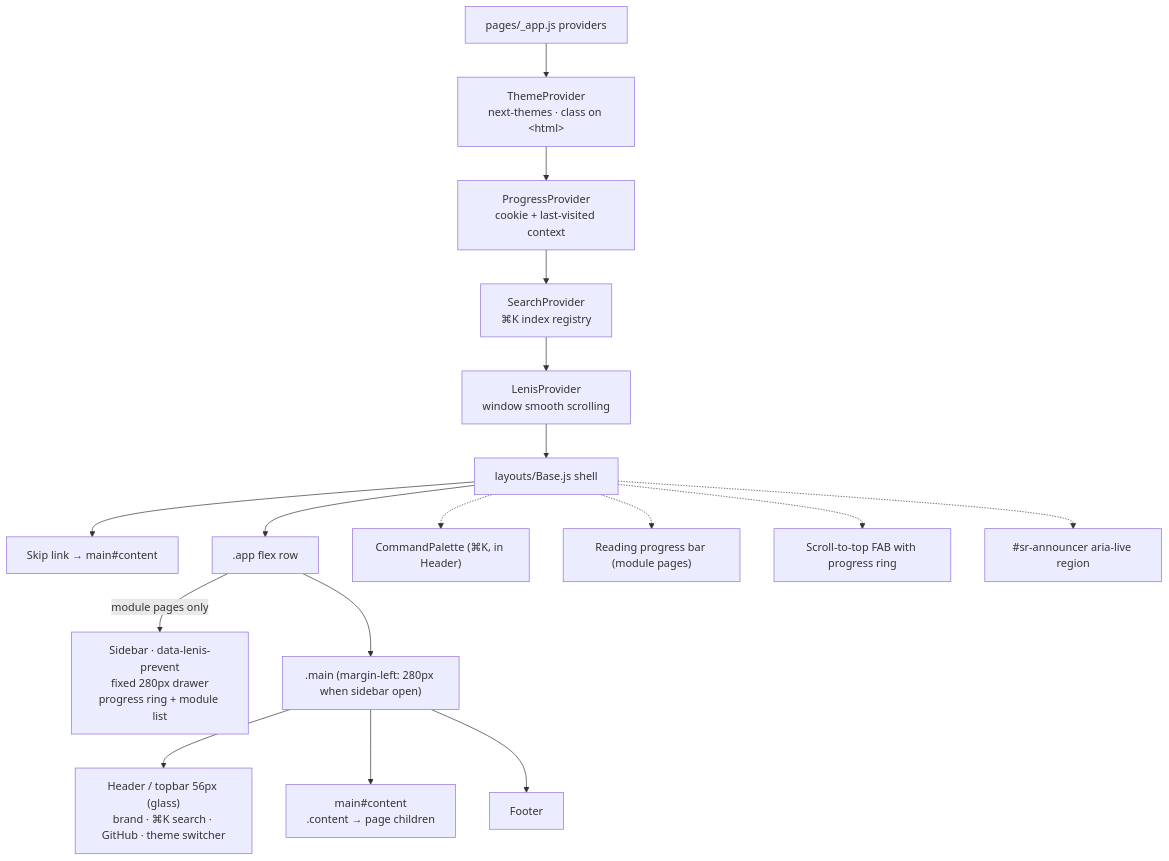
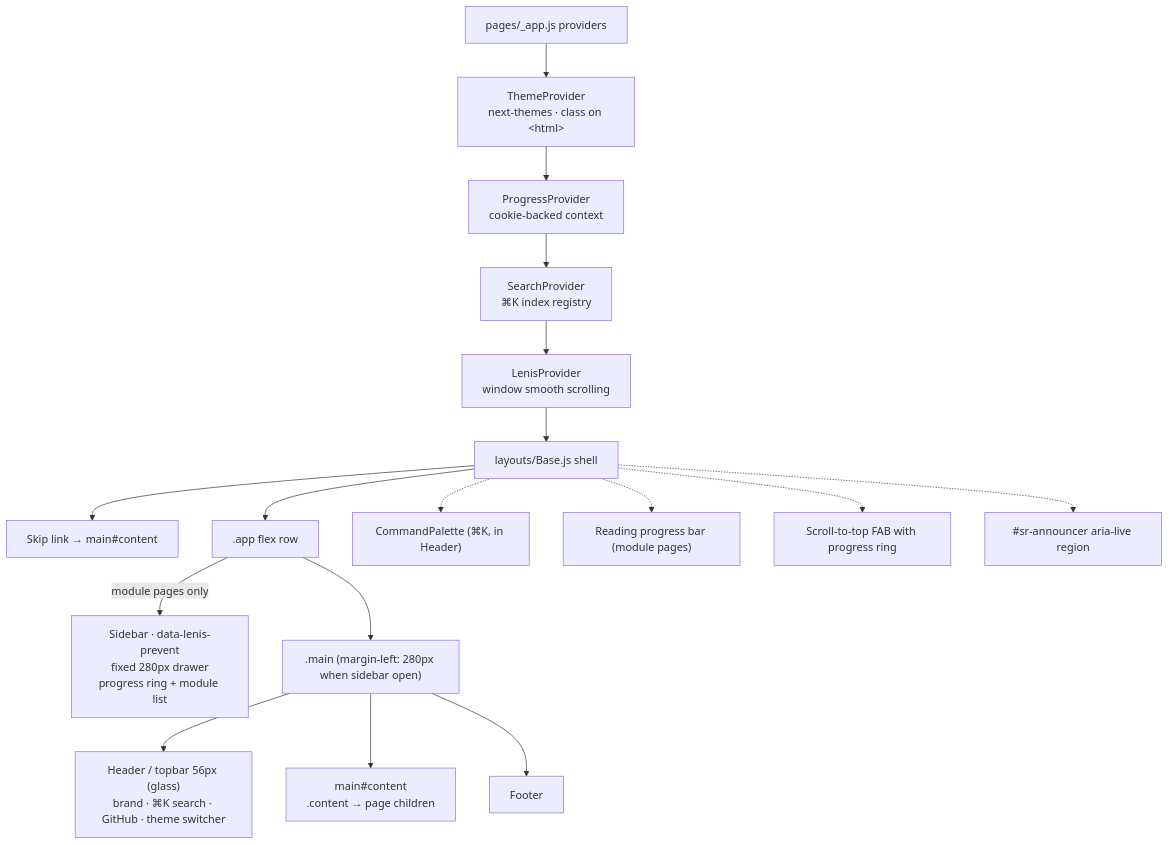
The second of 2 diagrams in docs/architecture.md (ammdevl/lfs-101-notes), drawn with Mermaid before and after one commit. The commit also changed other lines of this file and 9 other files, not shown here.

````diff
--- a/docs/architecture.md
+++ b/docs/architecture.md
@@ -34,23 +34,23 @@
 ```mermaid
 flowchart TD
     APP["pages/_app.js providers"] --> T["ThemeProvider<br/>next-themes · class on &lt;html&gt;"]
-    T --> P["ProgressProvider<br/>cookie + last-visited context"]
+    T --> P["ProgressProvider<br/>cookie-backed context"]
     P --> S["SearchProvider<br/>⌘K index registry"]
     S --> L["LenisProvider<br/>window smooth scrolling"]
     L --> BASE["layouts/Base.js shell"]
 
     BASE --> SKIP["Skip link → main#content"]
     BASE --> SHELL[".app flex row"]
 
     SHELL -->|module pages only| SB["Sidebar · data-lenis-prevent<br/>fixed 280px drawer<br/>progress ring + module list"]
     SHELL --> MAIN[".main (margin-left: 280px when sidebar open)"]
 
     MAIN --> TOP["Header / topbar 56px (glass)<br/>brand · ⌘K search · GitHub · theme switcher"]
     MAIN --> CONTENT["main#content<br/>.content → page children"]
     MAIN --> FOOT["Footer"]
 
     BASE -.-> PAL["CommandPalette (⌘K, in Header)"]
     BASE -.-> RP["Reading progress bar (module pages)"]
     BASE -.-> FAB["Scroll-to-top FAB with progress ring"]
     BASE -.-> SR["#sr-announcer aria-live region"]
 ```
````
